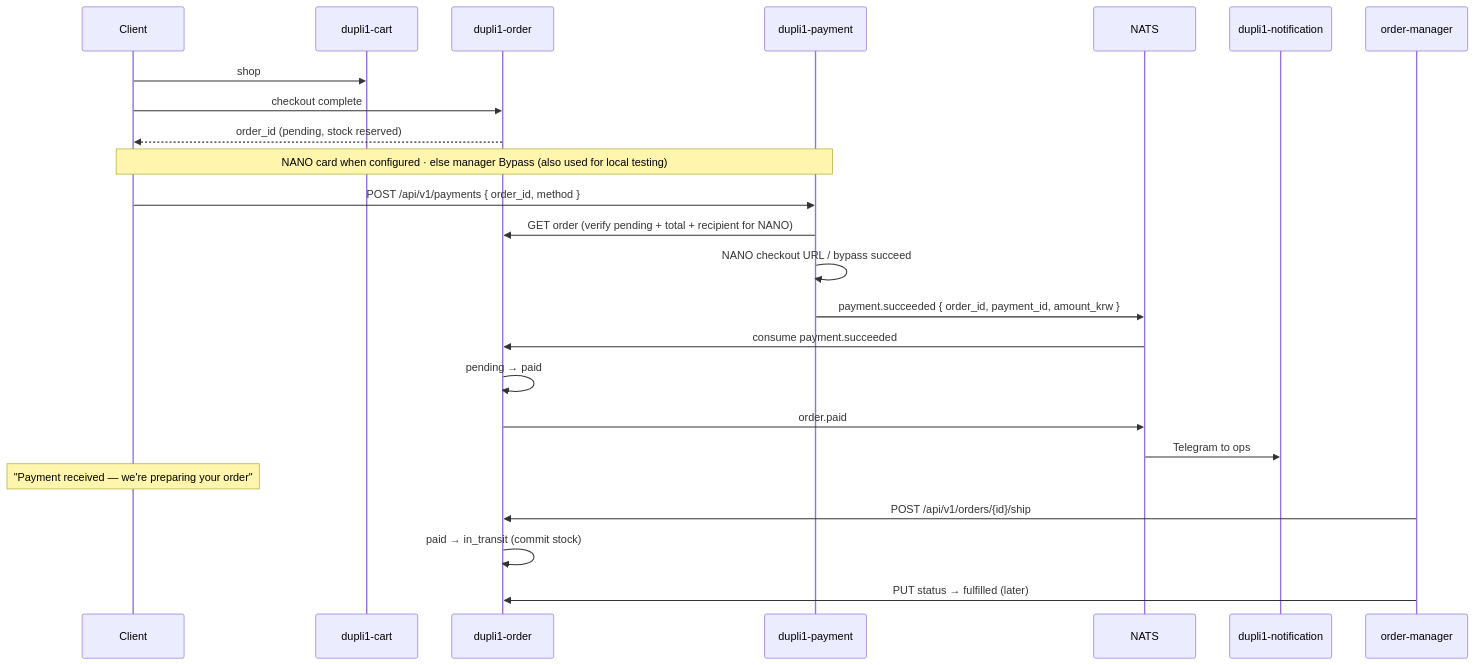
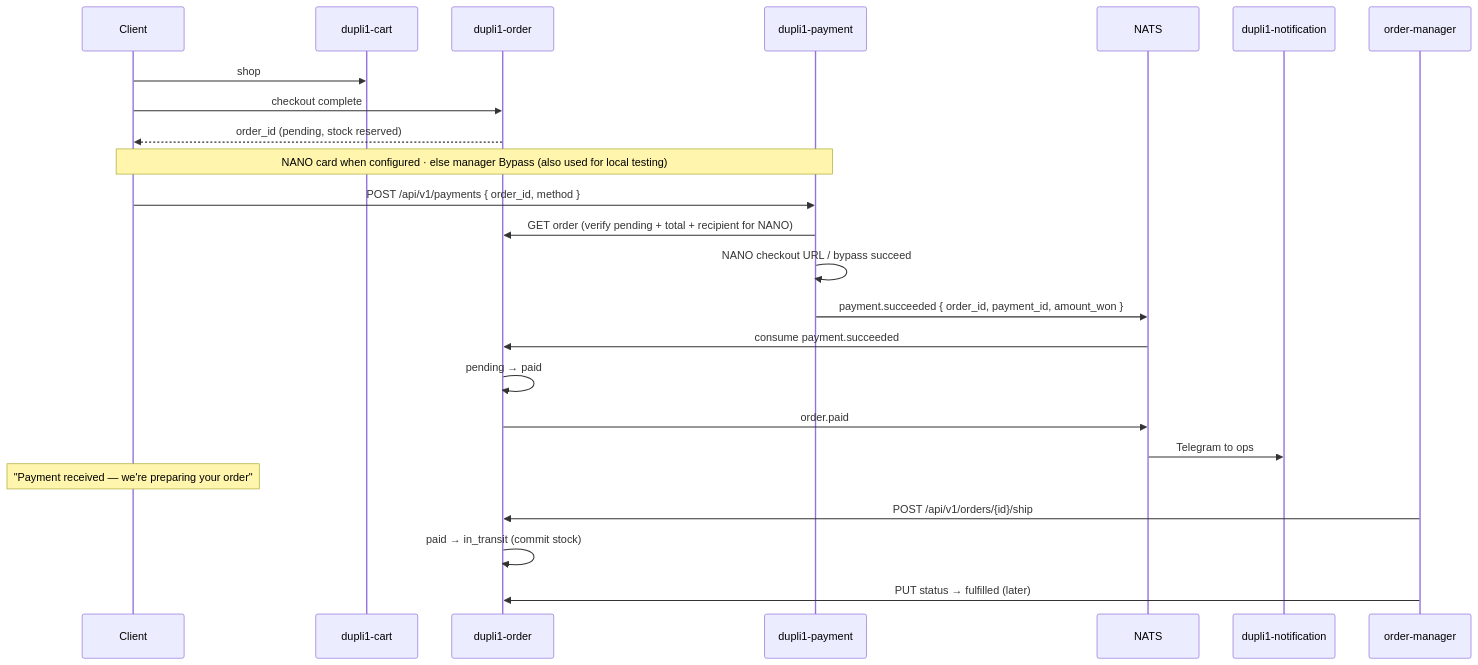
One commit to elug3/dupli1 changed the second of 2 diagrams in docs/payment-service.md. Above: the diagram before and after it, drawn with Mermaid. The commit also changed other lines of this file and 92 other files, not shown here.

First line of the commit message:
Rename money JSON fields from *_krw to *_won

````diff
--- a/docs/payment-service.md
+++ b/docs/payment-service.md
@@ -88,32 +88,32 @@
 ```mermaid
 sequenceDiagram
     participant Client
     participant Cart as dupli1-cart
     participant Order as dupli1-order
     participant Pay as dupli1-payment
     participant Bus as NATS
     participant Notif as dupli1-notification
     participant Ops as order-manager
 
     Client->>Cart: shop
     Client->>Order: checkout complete
     Order-->>Client: order_id (pending, stock reserved)
 
     Note over Client,Pay: NANO card when configured · else manager Bypass (also used for local testing)
 
     Client->>Pay: POST /api/v1/payments { order_id, method }
     Pay->>Order: GET order (verify pending + total + recipient for NANO)
     Pay->>Pay: NANO checkout URL / bypass succeed
-    Pay->>Bus: payment.succeeded { order_id, payment_id, amount_krw }
+    Pay->>Bus: payment.succeeded { order_id, payment_id, amount_won }
 
     Bus->>Order: consume payment.succeeded
     Order->>Order: pending → paid
     Order->>Bus: order.paid
     Bus->>Notif: Telegram to ops
 
     Note over Client: "Payment received — we're preparing your order"
 
     Ops->>Order: POST /api/v1/orders/{id}/ship
     Order->>Order: paid → in_transit (commit stock)
     Ops->>Order: PUT status → fulfilled (later)
 ```
````
